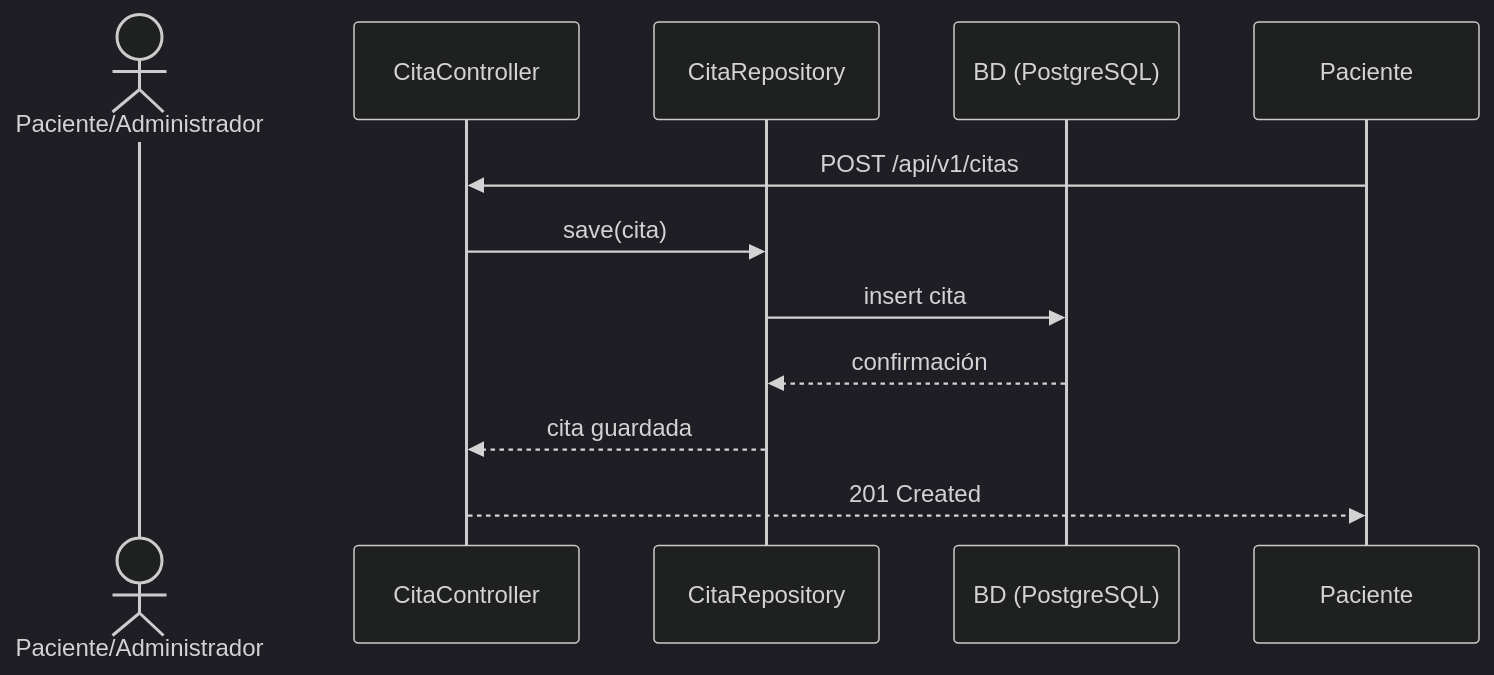
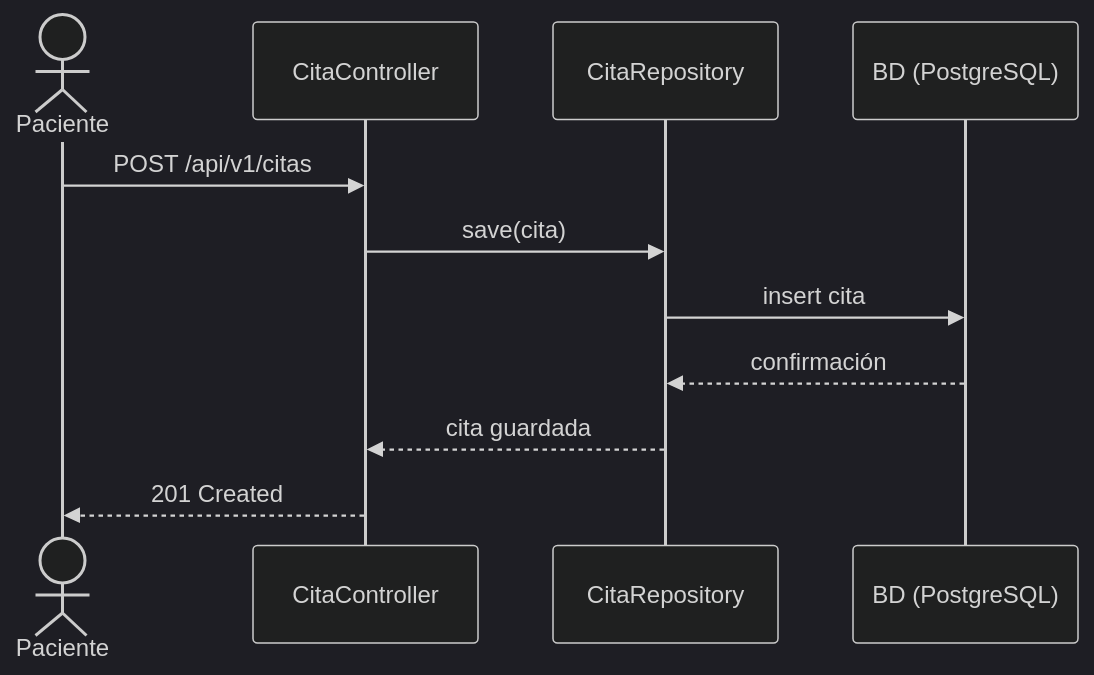
Before and after one commit to nicolasahumada28/clinik: the sixth of 7 diagrams in DOCUMENTACION.md, drawn with Mermaid (dark theme).

Commit message:
diagrama corregido

````diff
--- a/DOCUMENTACION.md
+++ b/DOCUMENTACION.md
@@ -188,14 +188,14 @@
 ```mermaid
 sequenceDiagram
-    actor Paciente/Administrador
+    actor Paciente
     participant API as CitaController
     participant Repo as CitaRepository
     participant DB as BD (PostgreSQL)
 
     Paciente->>API: POST /api/v1/citas
     API->>Repo: save(cita)
     Repo->>DB: insert cita
     DB-->>Repo: confirmación
     Repo-->>API: cita guardada
     API-->>Paciente: 201 Created
 ```
````
